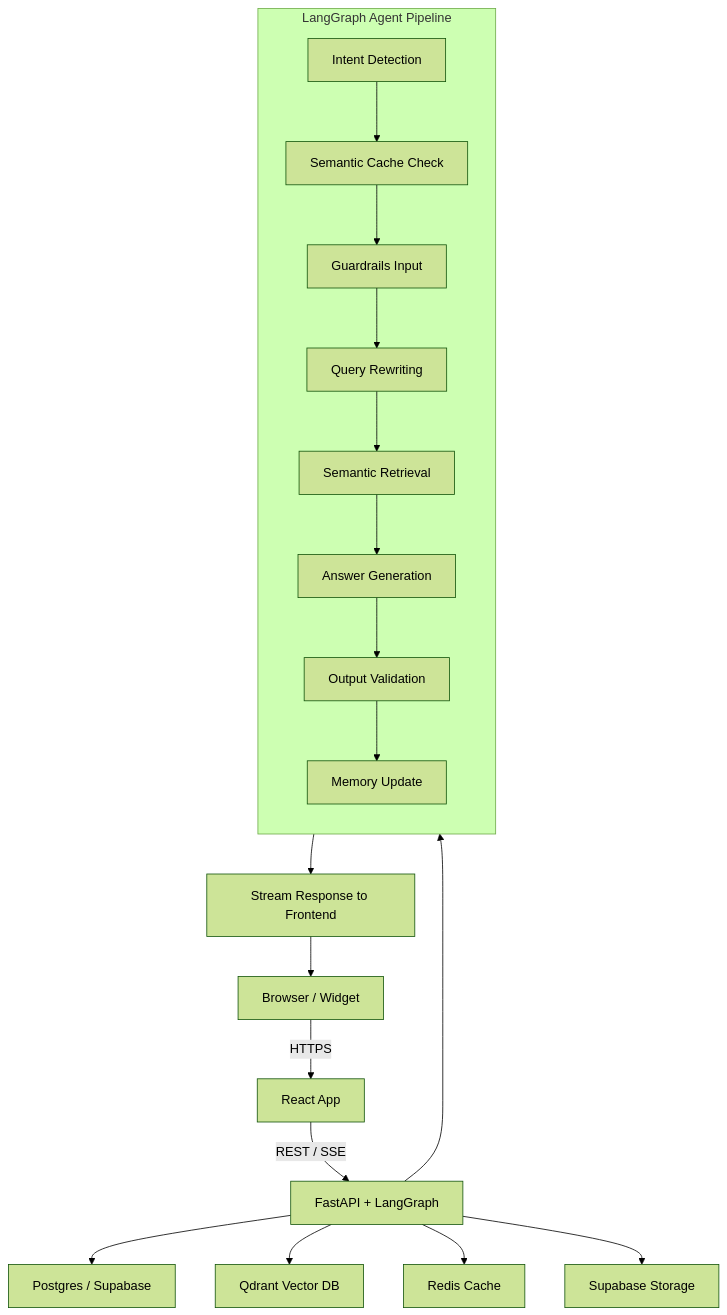
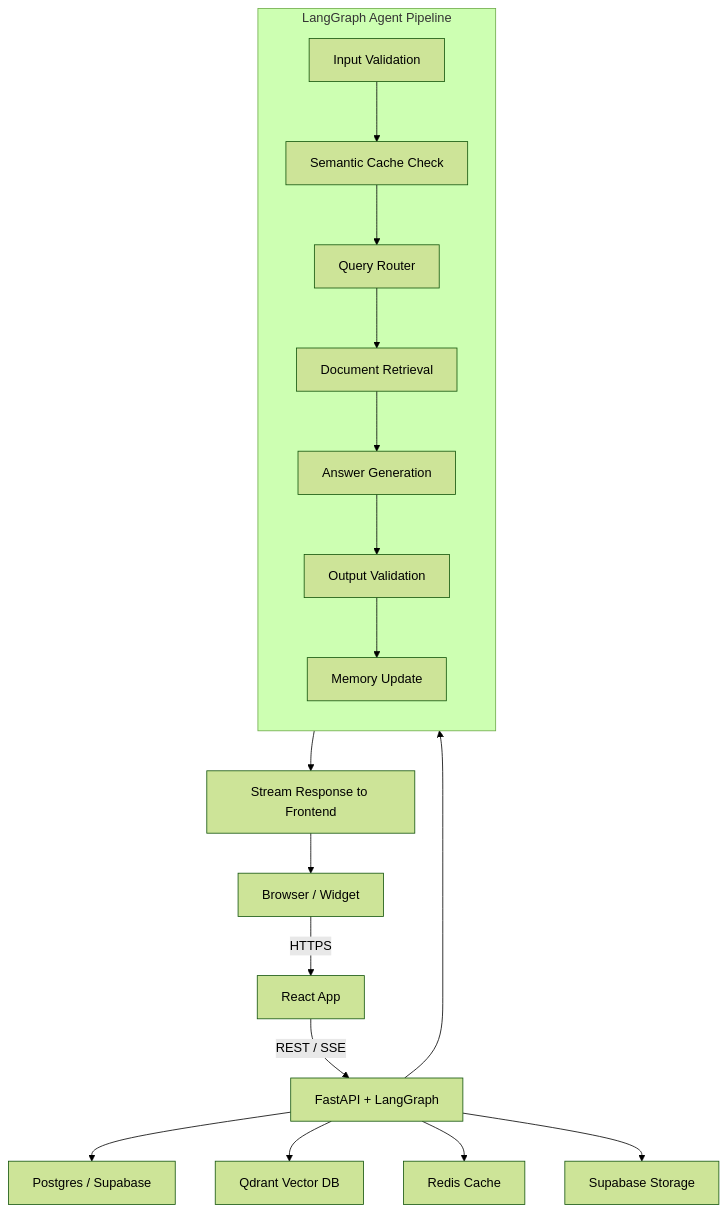
Before and after one commit to tuananhne1110/Cutru_chatbot: the first of 2 diagrams in docs/Workflow.md, drawn with Mermaid (forest theme). The commit also changed other lines of this file and 75 other files, not shown here.

````diff
--- a/docs/Workflow.md
+++ b/docs/Workflow.md
@@ -4,32 +5,31 @@
 ```mermaid
 graph TD
 
   %% Tầng giao diện người dùng chi tiết
   F1["Browser / Widget"] -->|HTTPS| F2["React App"] -->|REST / SSE| B1["FastAPI + LangGraph"]
 
   %% Dịch vụ phía sau
   B1 --> DB1["Postgres / Supabase"]
   B1 --> DB2["Qdrant Vector DB"]
   B1 --> DB3["Redis Cache"]
   B1 --> DB4["Supabase Storage"]
 
   %% LangGraph Agent Pipeline
   B1 --> C1["LangGraph Agent Pipeline"]
 
   subgraph C1 ["LangGraph Agent Pipeline"]
     direction TB
-    C1A["Intent Detection"]
+    C1A["Input Validation"]
     C1B["Semantic Cache Check"]
-    C1C["Guardrails Input"]
-    C1D["Query Rewriting"]
-    C1E["Semantic Retrieval"]
-    C1F["Answer Generation"]
-    C1G["Output Validation"]
-    C1H["Memory Update"]
-    
-    C1A --> C1B --> C1C --> C1D --> C1E --> C1F --> C1G --> C1H
+    C1C["Query Router"]
+    C1D["Document Retrieval"]
+    C1E["Answer Generation"]
+    C1F["Output Validation"]
+    C1G["Memory Update"]
+
+    C1A --> C1B --> C1C --> C1D --> C1E --> C1F --> C1G
   end
 
   %% Output
-  C1H --> D1["Stream Response to Frontend"] --> F1
+  C1G --> D1["Stream Response to Frontend"] --> F1
 ```
````
